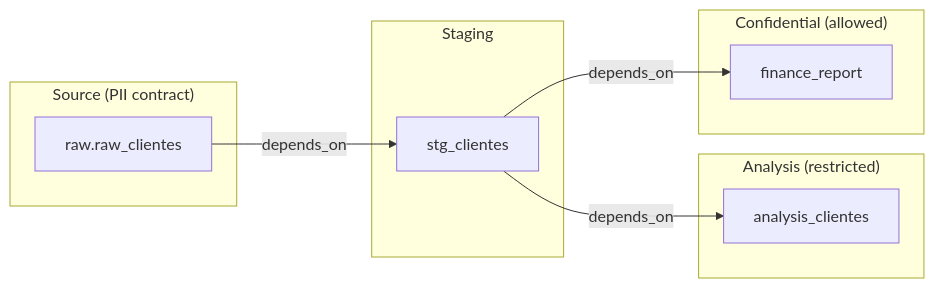
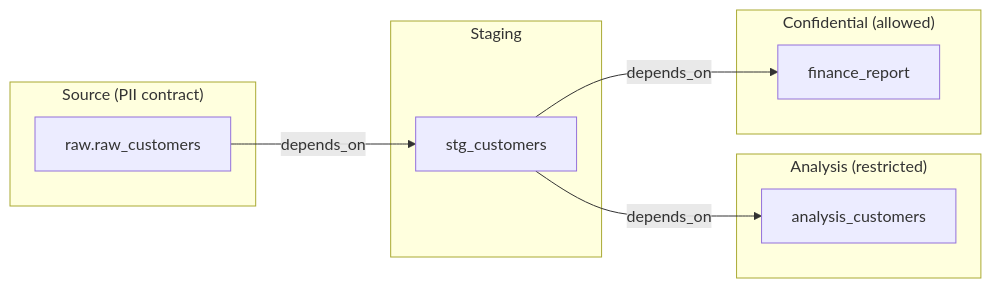
The fourth of 5 diagrams in docs/README.md (renatoprovi/dbt-guard), drawn with Mermaid before and after one commit. The commit also changed other lines of this file and 36 other files, not shown here.

````diff
--- a/docs/README.md
+++ b/docs/README.md
@@ -168,18 +168,18 @@
 ```mermaid
 flowchart LR
     subgraph Source["Source (PII contract)"]
-        S[raw.raw_clientes]
+        S[raw.raw_customers]
     end
     subgraph Staging
-        ST[stg_clientes]
+        ST[stg_customers]
     end
     subgraph Analysis["Analysis (restricted)"]
-        AN[analysis_clientes]
+        AN[analysis_customers]
     end
     subgraph Confidential["Confidential (allowed)"]
         CF[finance_report]
     end
     S -->|depends_on| ST
     ST -->|depends_on| AN
     ST -->|depends_on| CF
 ```
````
